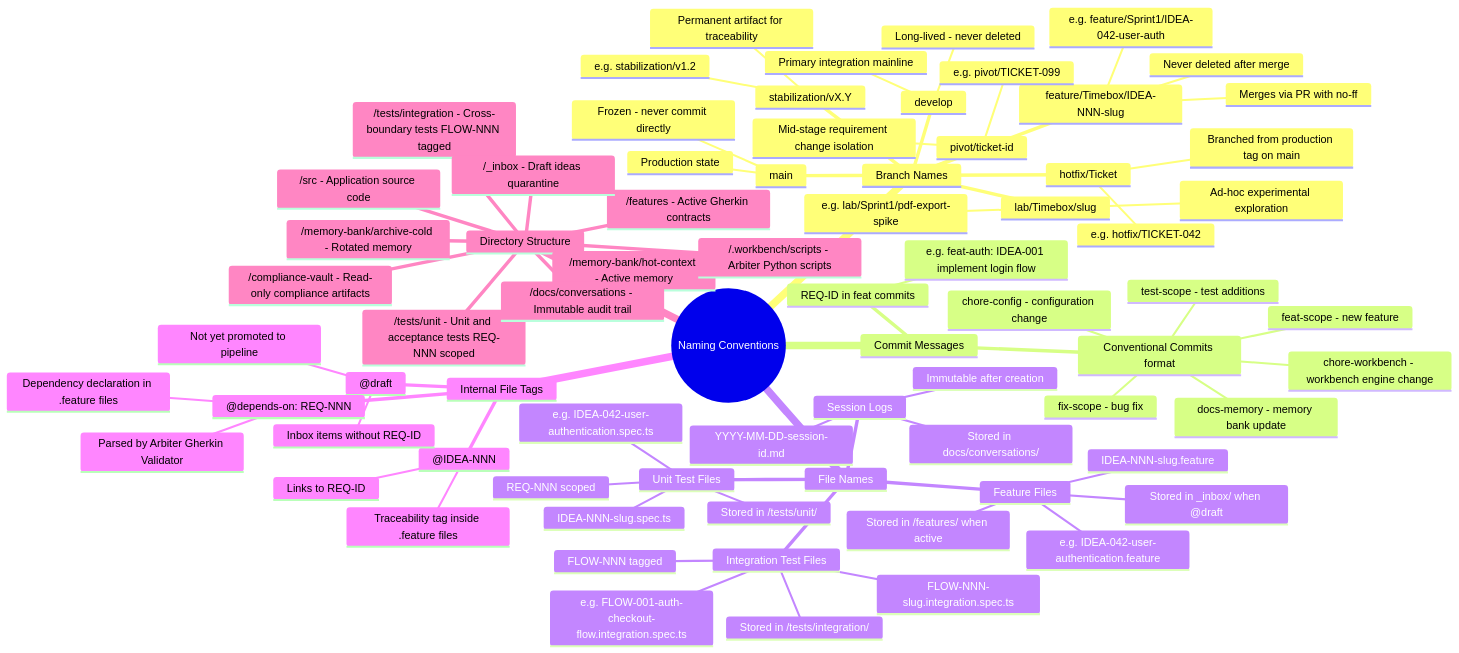
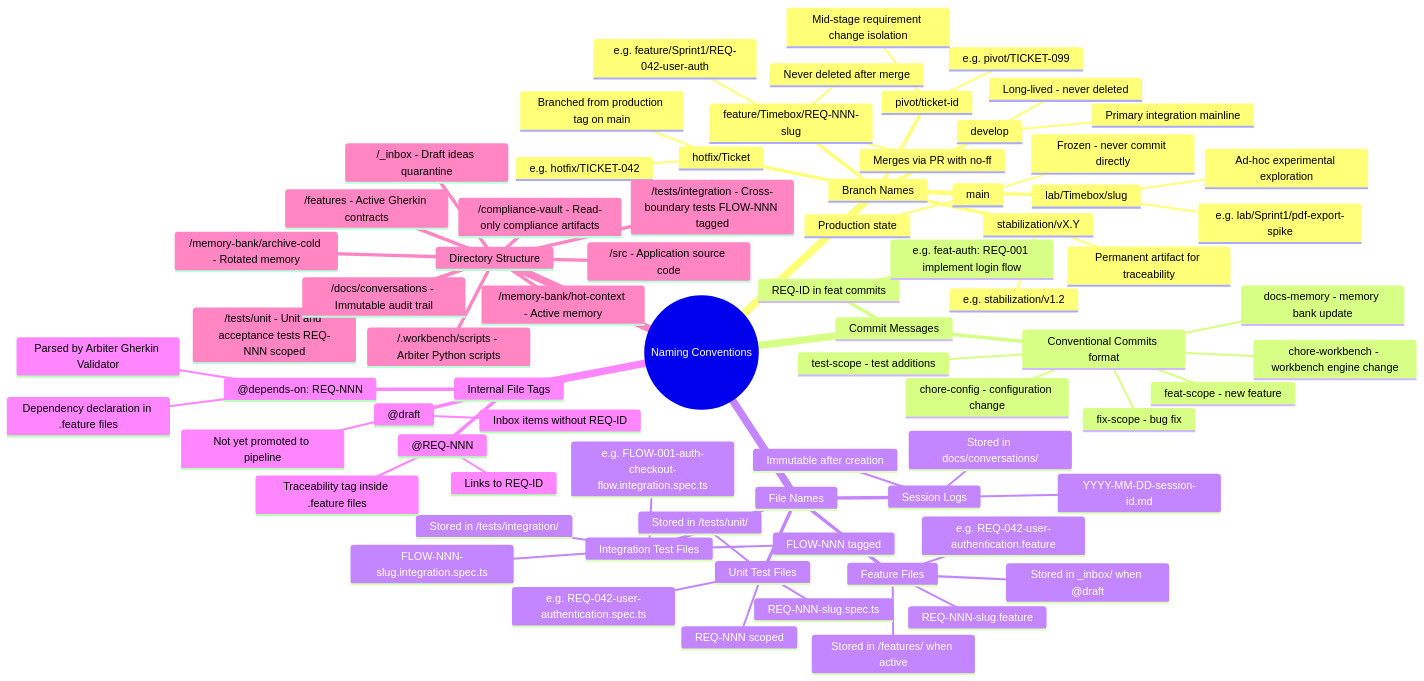
Before and after one commit to nghiaphan31/agentic-workbench-lab: the fifth of 7 diagrams in diagrams/05-memory-sessions-and-infra.md, drawn with Mermaid. The commit also changed other lines of this file and 19 other files, not shown here.

````diff
--- a/diagrams/05-memory-sessions-and-infra.md
+++ b/diagrams/05-memory-sessions-and-infra.md
@@ -267,78 +267,78 @@
 ```mermaid
 mindmap
   root((Naming Conventions))
     Branch Names
       main
         Production state
         Frozen - never commit directly
       develop
         Primary integration mainline
         Long-lived - never deleted
-      feature/Timebox/IDEA-NNN-slug
-        e.g. feature/Sprint1/IDEA-042-user-auth
+      feature/Timebox/REQ-NNN-slug
+        e.g. feature/Sprint1/REQ-042-user-auth
         Merges via PR with no-ff
         Never deleted after merge
       lab/Timebox/slug
         e.g. lab/Sprint1/pdf-export-spike
         Ad-hoc experimental exploration
       stabilization/vX.Y
         e.g. stabilization/v1.2
         Permanent artifact for traceability
       hotfix/Ticket
         e.g. hotfix/TICKET-042
         Branched from production tag on main
       pivot/ticket-id
         e.g. pivot/TICKET-099
         Mid-stage requirement change isolation
     Commit Messages
       Conventional Commits format
         feat-scope - new feature
         fix-scope - bug fix
         docs-memory - memory bank update
         chore-config - configuration change
         chore-workbench - workbench engine change
         test-scope - test additions
       REQ-ID in feat commits
-        e.g. feat-auth: IDEA-001 implement login flow
+        e.g. feat-auth: REQ-001 implement login flow
     File Names
       Feature Files
-        IDEA-NNN-slug.feature
-        e.g. IDEA-042-user-authentication.feature
+        REQ-NNN-slug.feature
+        e.g. REQ-042-user-authentication.feature
         Stored in /features/ when active
         Stored in _inbox/ when @draft
       Unit Test Files
-        IDEA-NNN-slug.spec.ts
-        e.g. IDEA-042-user-authentication.spec.ts
+        REQ-NNN-slug.spec.ts
+        e.g. REQ-042-user-authentication.spec.ts
         Stored in /tests/unit/
         REQ-NNN scoped
       Integration Test Files
         FLOW-NNN-slug.integration.spec.ts
         e.g. FLOW-001-auth-checkout-flow.integration.spec.ts
         Stored in /tests/integration/
         FLOW-NNN tagged
       Session Logs
         YYYY-MM-DD-session-id.md
         Stored in docs/conversations/
         Immutable after creation
     Internal File Tags
-      @IDEA-NNN
+      @REQ-NNN
         Traceability tag inside .feature files
         Links to REQ-ID
       @draft
         Inbox items without REQ-ID
         Not yet promoted to pipeline
       @depends-on: REQ-NNN
         Dependency declaration in .feature files
         Parsed by Arbiter Gherkin Validator
     Directory Structure
       /src - Application source code
       /tests/unit - Unit and acceptance tests REQ-NNN scoped
       /tests/integration - Cross-boundary tests FLOW-NNN tagged
       /features - Active Gherkin contracts
       /_inbox - Draft ideas quarantine
       /memory-bank/hot-context - Active memory
       /memory-bank/archive-cold - Rotated memory
       /.workbench/scripts - Arbiter Python scripts
       /docs/conversations - Immutable audit trail
       /compliance-vault - Read-only compliance artifacts
 ```
````
